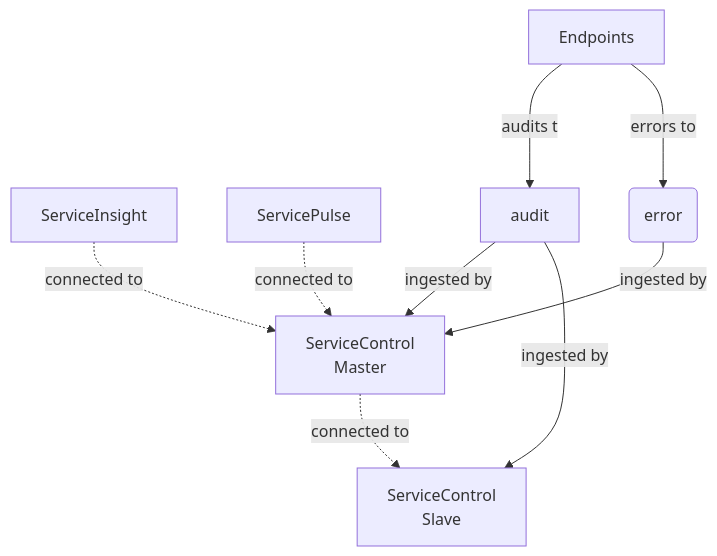
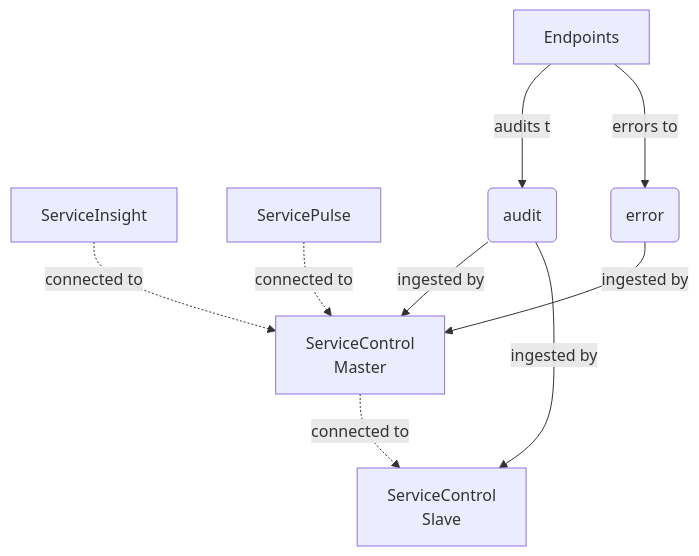
One commit to Particular/docs.particular.net changed the first of 4 diagrams in servicecontrol/servicecontrol-instances/distributed-instances.md. Above: the diagram before and after it, drawn with Mermaid.

Commit message:
diagram fix for queue shape

````diff
--- a/servicecontrol/servicecontrol-instances/distributed-instances.md
+++ b/servicecontrol/servicecontrol-instances/distributed-instances.md
@@ -27,13 +27,13 @@
 ```mermaid
 graph TD
 SI[ServiceInsight] -. connected to .->Master
 SP[ServicePulse] -. connected to .-> Master
-Endpoints -- audits to--> AuditsMain[audit]
+Endpoints -- audits to--> AuditsMain(audit)
 Endpoints -- errors to --> Errors(error)
 Master[ServiceControl<br/>Master]
 Slave[ServiceControl<br/>Slave]
 AuditsMain -- ingested by --> Master
 AuditsMain -- ingested by --> Slave
 Errors-- ingested by --> Master
 Master -. connected to .-> Slave
 ```
````
